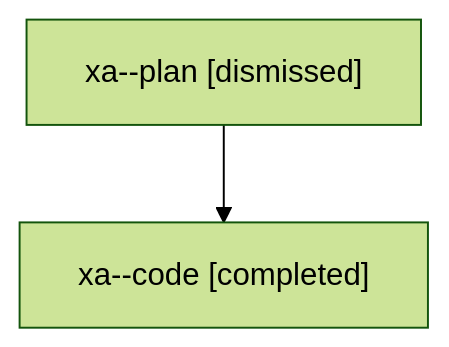
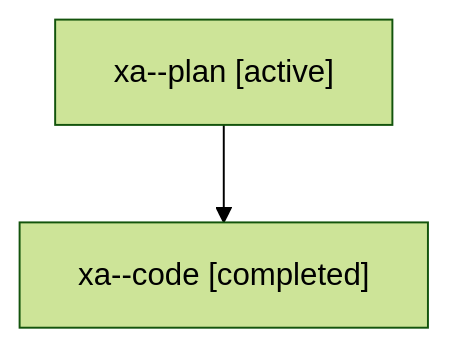
Before and after one commit to sase-org/sase--agents: the diagram in families/bbugyi200.athena.xa.md, drawn with Mermaid (forest theme). The commit also changed other lines of this file and 35830 other files, not shown here.

````diff
--- a/families/bbugyi200.athena.xa.md
+++ b/families/bbugyi200.athena.xa.md
@@ -9,6 +9,6 @@
 ```mermaid
 flowchart TD
-  n0["xa--plan [dismissed]"]
+  n0["xa--plan [active]"]
   n1["xa--code [completed]"]
   n0 --> n1
 ```
````
